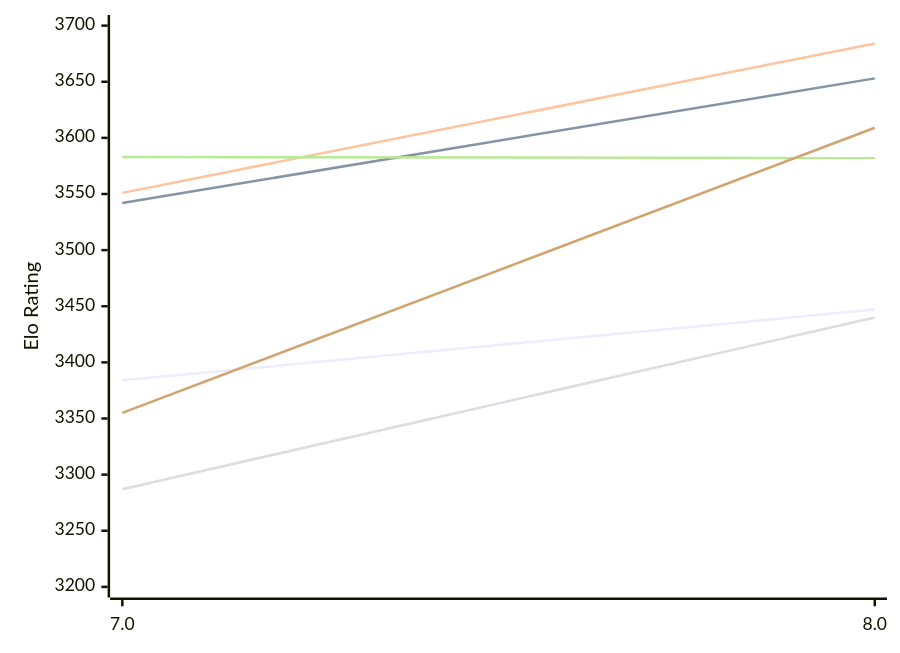
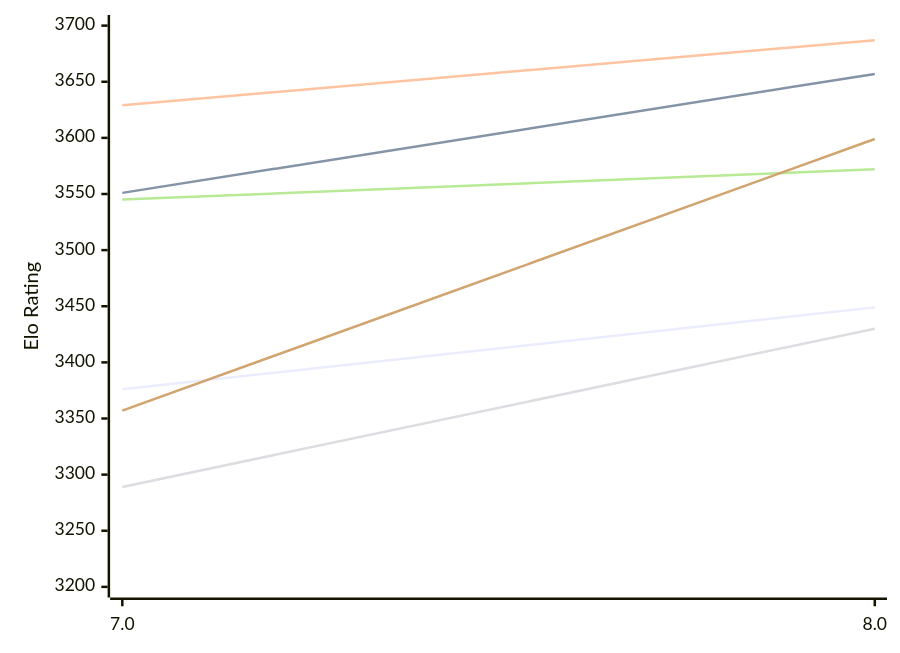
Before and after one commit to computer-chess-index/cci: the first of 2 diagrams in engines/Integral.md, drawn with Mermaid. The commit also changed other lines of this file, not shown here.

Commit message:
Update CCI Ratings (ELO VLTC) - 2026-11-15

````diff
--- a/engines/Integral.md
+++ b/engines/Integral.md
@@ -50,12 +50,12 @@
 ```mermaid
 %%{init: {"theme":"base","themeVariables":{"seriesColors:['#a3a3a3','#222221','#faa371']}}}%%
 xychart-beta
   x-axis ["7.0", "8.0"]
   y-axis "Elo Rating" 3200 --> 3700
-  line "E1: STC (8.0+0.08s)" [3384, 3447]
-  line "E1: LTC (60.0+0.60s)" [3542, 3653]
-  line "E1: VLTC (2m24s+1.12s)" [3551, 3684]
-  line "P1: STC (8.0+0.08s)" [3287, 3440]
-  line "P1: LTC (60.0+0.60s)" [3583, 3582]
-  line "P1: VLTC (2m24s+1.12s)" [3355, 3609]
+  line "E1: STC (8.0+0.08s)" [3376, 3449]
+  line "E1: LTC (60.0+0.60s)" [3551, 3657]
+  line "E1: VLTC (2m24s+1.12s)" [3629, 3687]
+  line "P1: STC (8.0+0.08s)" [3289, 3430]
+  line "P1: LTC (60.0+0.60s)" [3545, 3572]
+  line "P1: VLTC (2m24s+1.12s)" [3357, 3599]
 ```
````
